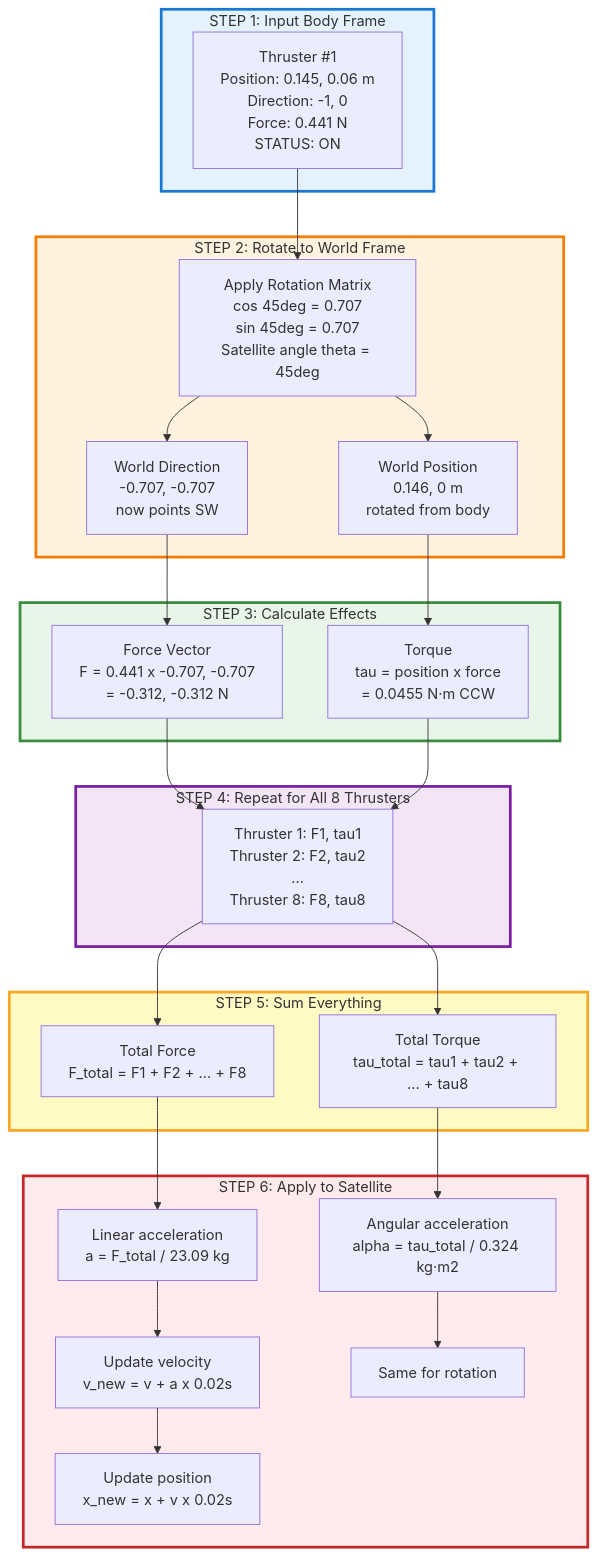
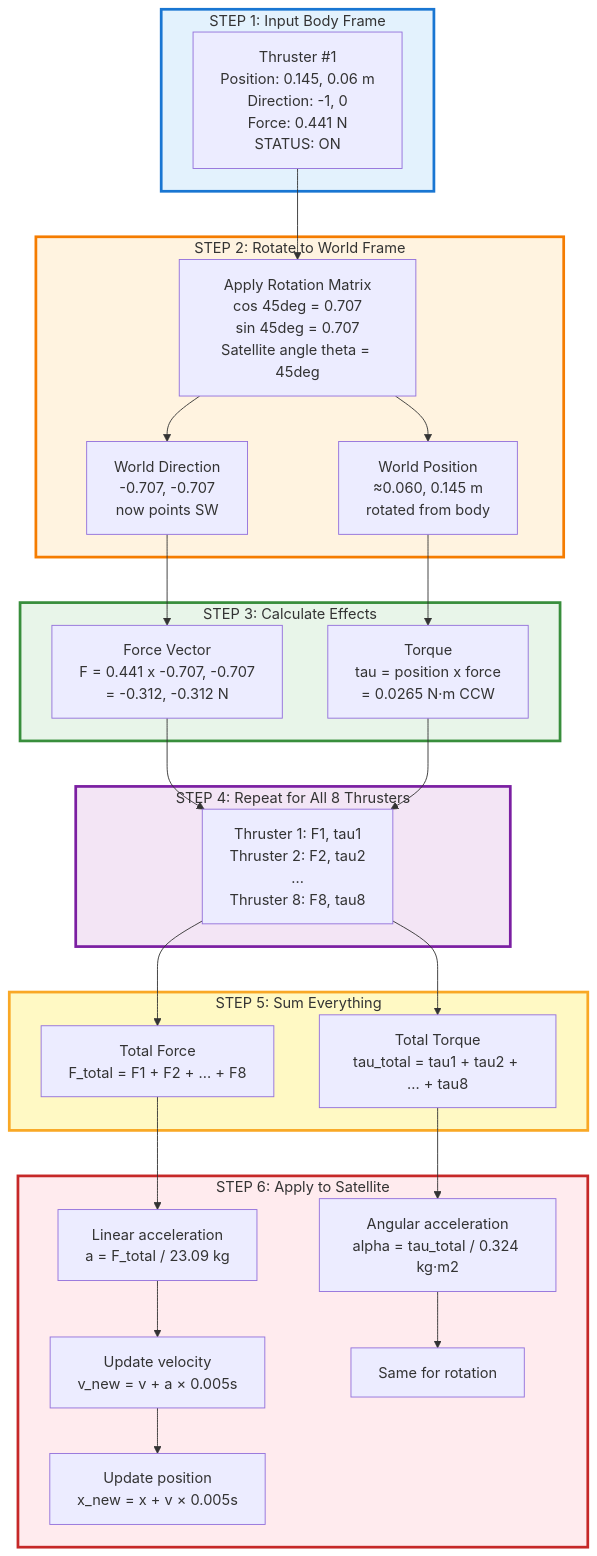
Before and after one commit to AevarOfjord/mpc-air-bearing-satellite: the fourth of 4 diagrams in MATHEMATICS.MD, drawn with Mermaid. The commit also changed other lines of this file and 58 other files, not shown here.

````diff
--- a/MATHEMATICS.MD
+++ b/MATHEMATICS.MD
@@ -421,56 +422,56 @@
 ```mermaid
 graph TB
     subgraph Input["STEP 1: Input Body Frame"]
         A1["Thruster #1<br/>Position: 0.145, 0.06 m<br/>Direction: -1, 0<br/>Force: 0.441 N<br/>STATUS: ON"]
     end
 
     subgraph Rotate["STEP 2: Rotate to World Frame"]
         B1["Apply Rotation Matrix<br/>cos 45deg = 0.707<br/>sin 45deg = 0.707<br/>Satellite angle theta = 45deg"]
         B2["World Direction<br/>-0.707, -0.707<br/>now points SW"]
-        B3["World Position<br/>0.146, 0 m<br/>rotated from body"]
+        B3["World Position<br/>≈0.060, 0.145 m<br/>rotated from body"]
     end
 
     subgraph Calculate["STEP 3: Calculate Effects"]
         C1["Force Vector<br/>F = 0.441 x -0.707, -0.707<br/>= -0.312, -0.312 N"]
-        C2["Torque<br/>tau = position x force<br/>= 0.0455 N·m CCW"]
+        C2["Torque<br/>tau = position x force<br/>= 0.0265 N·m CCW"]
     end
 
     subgraph Repeat["STEP 4: Repeat for All 8 Thrusters"]
         D1["Thruster 1: F1, tau1<br/>Thruster 2: F2, tau2<br/>...<br/>Thruster 8: F8, tau8"]
     end
 
     subgraph Total["STEP 5: Sum Everything"]
         E1["Total Force<br/>F_total = F1 + F2 + ... + F8"]
         E2["Total Torque<br/>tau_total = tau1 + tau2 + ... + tau8"]
     end
 
     subgraph Apply["STEP 6: Apply to Satellite"]
         F1["Linear acceleration<br/>a = F_total / 23.09 kg"]
         F2["Angular acceleration<br/>alpha = tau_total / 0.324 kg·m2"]
-        F3["Update velocity<br/>v_new = v + a x 0.02s"]
-        F4["Update position<br/>x_new = x + v x 0.02s"]
+        F3["Update velocity<br/>v_new = v + a × 0.005s"]
+        F4["Update position<br/>x_new = x + v × 0.005s"]
         F5["Same for rotation"]
     end
 
     A1 --> B1
     B1 --> B2
     B1 --> B3
     B2 --> C1
     B3 --> C2
     C1 --> D1
     C2 --> D1
     D1 --> E1
     D1 --> E2
     E1 --> F1
     E2 --> F2
     F1 --> F3
     F2 --> F5
     F3 --> F4
 
     style Input fill:#e3f2fd,stroke:#1976d2,stroke-width:3px
     style Rotate fill:#fff3e0,stroke:#f57c00,stroke-width:3px
     style Calculate fill:#e8f5e9,stroke:#388e3c,stroke-width:3px
     style Repeat fill:#f3e5f5,stroke:#7b1fa2,stroke-width:3px
     style Total fill:#fff9c4,stroke:#f9a825,stroke-width:3px
     style Apply fill:#ffebee,stroke:#c62828,stroke-width:3px
 ```
````
